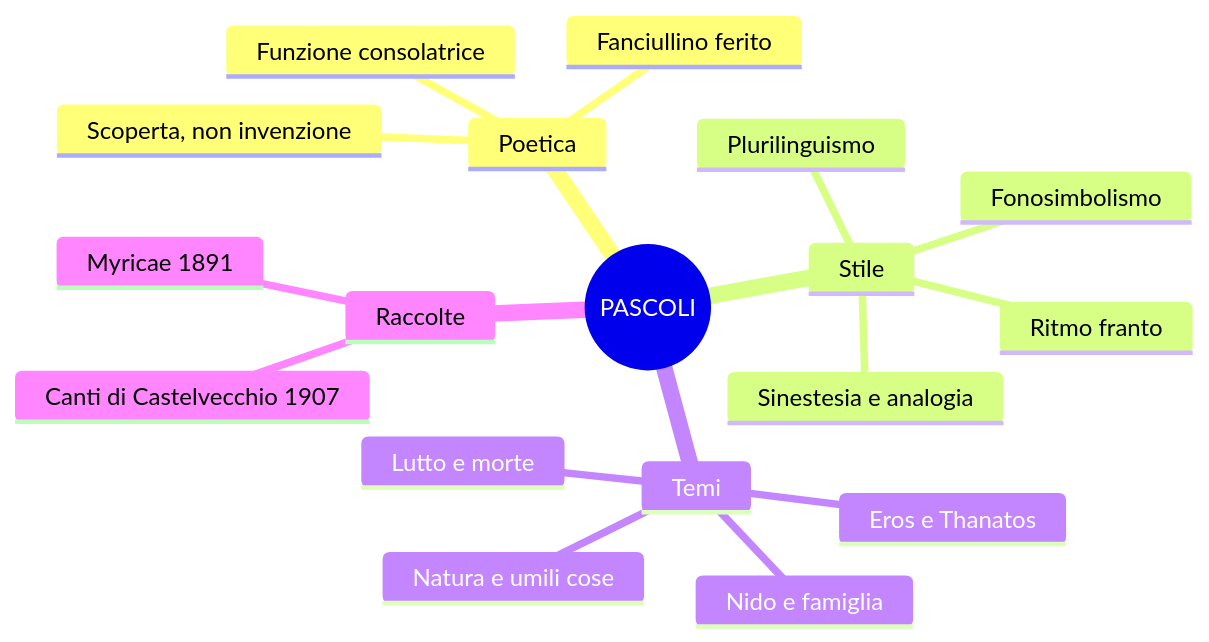
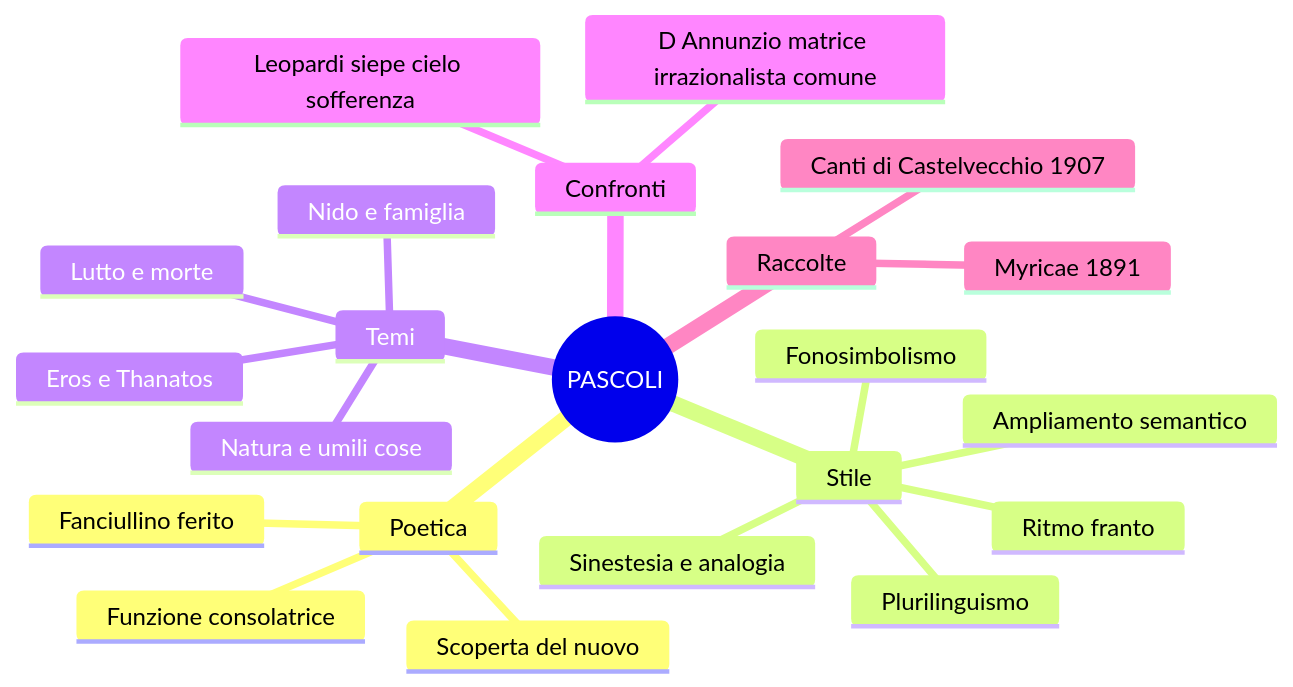
One commit to riccardo-algorime/appunti-5Bsa changed the fourth of 4 diagrams in italiano/pascoli/riassunto.md. Above: the diagram before and after it, drawn with Mermaid. The commit also changed other lines of this file and 7 other files, not shown here.

````diff
--- a/italiano/pascoli/riassunto.md
+++ b/italiano/pascoli/riassunto.md
@@ -138,21 +415,25 @@
 ```mermaid
 mindmap
   root((PASCOLI))
     Poetica
       Fanciullino ferito
-      Scoperta, non invenzione
+      Scoperta del nuovo
       Funzione consolatrice
     Stile
       Fonosimbolismo
       Plurilinguismo
       Ritmo franto
       Sinestesia e analogia
+      Ampliamento semantico
     Temi
       Nido e famiglia
       Lutto e morte
       Natura e umili cose
       Eros e Thanatos
+    Confronti
+      Leopardi siepe cielo sofferenza
+      D Annunzio matrice irrazionalista comune
     Raccolte
       Myricae 1891
       Canti di Castelvecchio 1907
 ```
````
